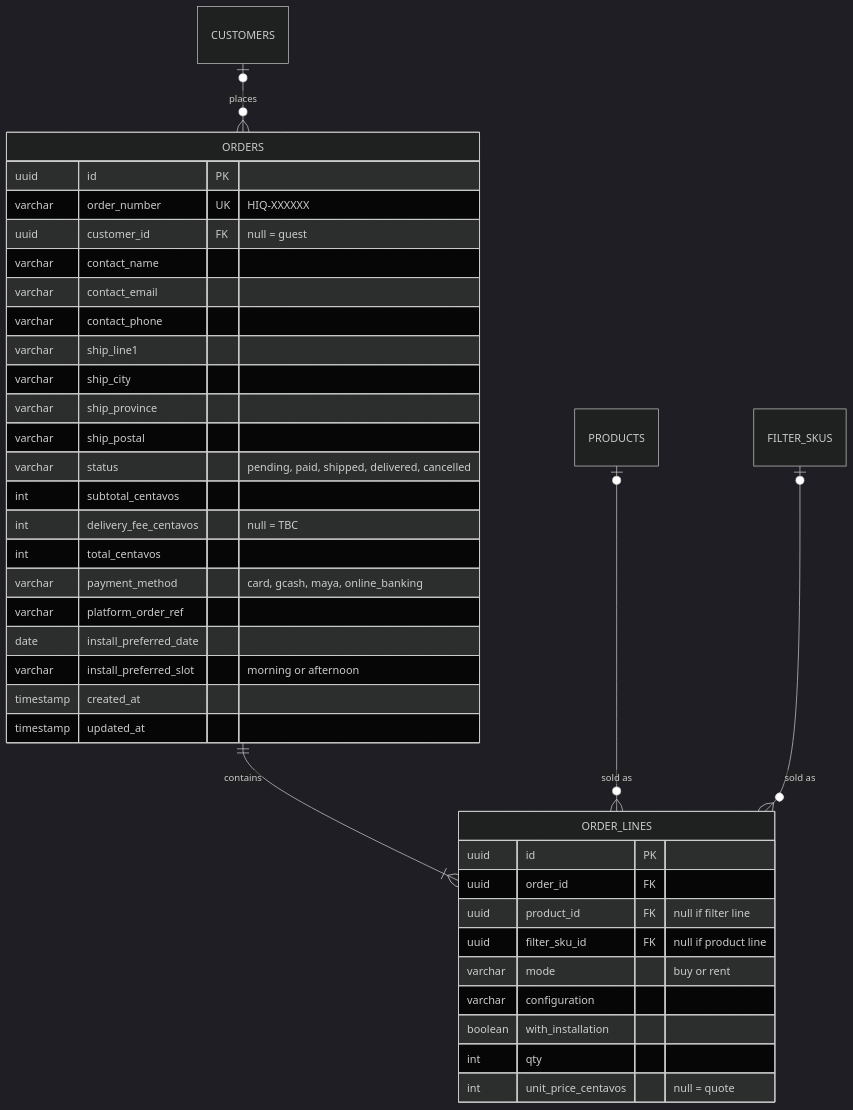
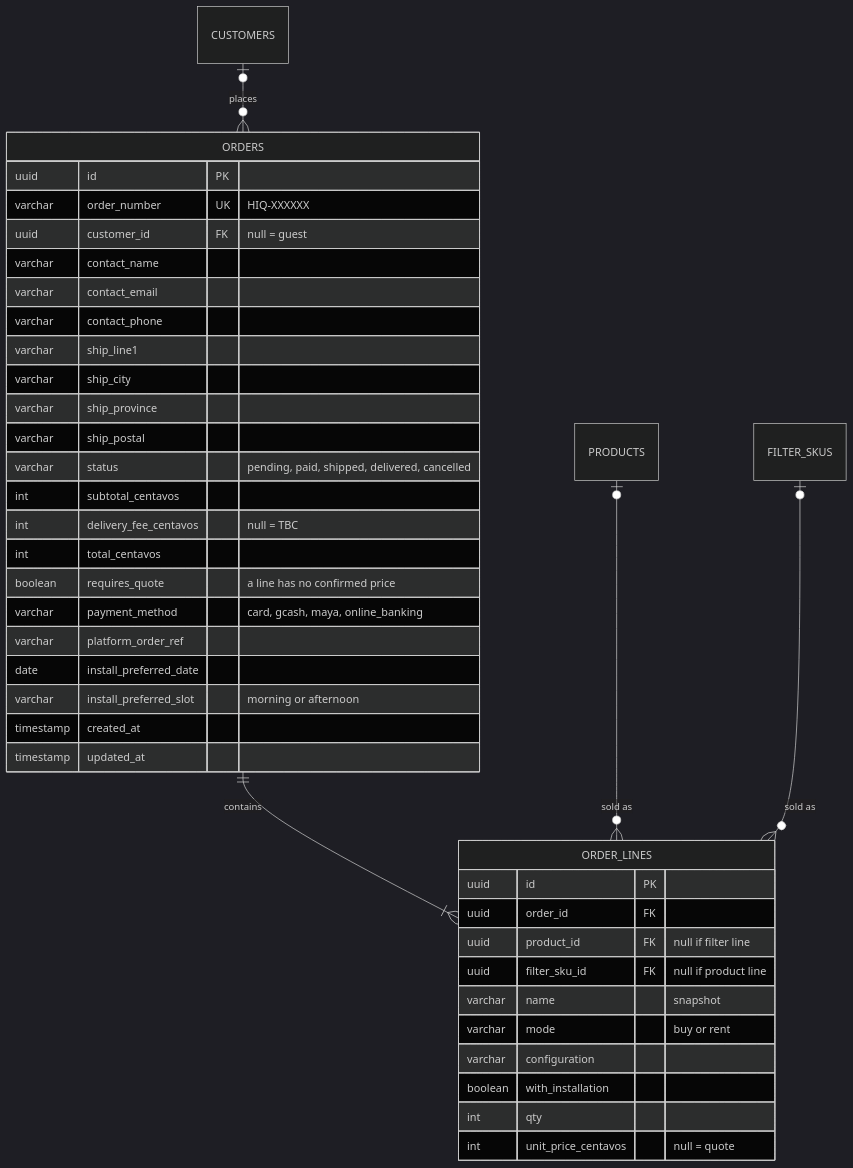
Before and after one commit to autoforgesystem/hiq-shop-apps: the fourth of 6 diagrams in docs/DATABASE.md, drawn with Mermaid (dark theme). The commit also changed other lines of this file and 3 other files, not shown here.

````diff
--- a/docs/DATABASE.md
+++ b/docs/DATABASE.md
@@ -184,41 +192,43 @@
 ```mermaid
 erDiagram
     CUSTOMERS |o--o{ ORDERS : places
     ORDERS ||--|{ ORDER_LINES : contains
     PRODUCTS |o--o{ ORDER_LINES : "sold as"
     FILTER_SKUS |o--o{ ORDER_LINES : "sold as"
 
     ORDERS {
         uuid id PK
         varchar order_number UK "HIQ-XXXXXX"
         uuid customer_id FK "null = guest"
         varchar contact_name
         varchar contact_email
         varchar contact_phone
         varchar ship_line1
         varchar ship_city
         varchar ship_province
         varchar ship_postal
         varchar status "pending, paid, shipped, delivered, cancelled"
         int subtotal_centavos
         int delivery_fee_centavos "null = TBC"
         int total_centavos
+        boolean requires_quote "a line has no confirmed price"
         varchar payment_method "card, gcash, maya, online_banking"
         varchar platform_order_ref
         date install_preferred_date
         varchar install_preferred_slot "morning or afternoon"
         timestamp created_at
         timestamp updated_at
     }
     ORDER_LINES {
         uuid id PK
         uuid order_id FK
         uuid product_id FK "null if filter line"
         uuid filter_sku_id FK "null if product line"
+        varchar name "snapshot"
         varchar mode "buy or rent"
         varchar configuration
         boolean with_installation
         int qty
         int unit_price_centavos "null = quote"
     }
 ```
````
